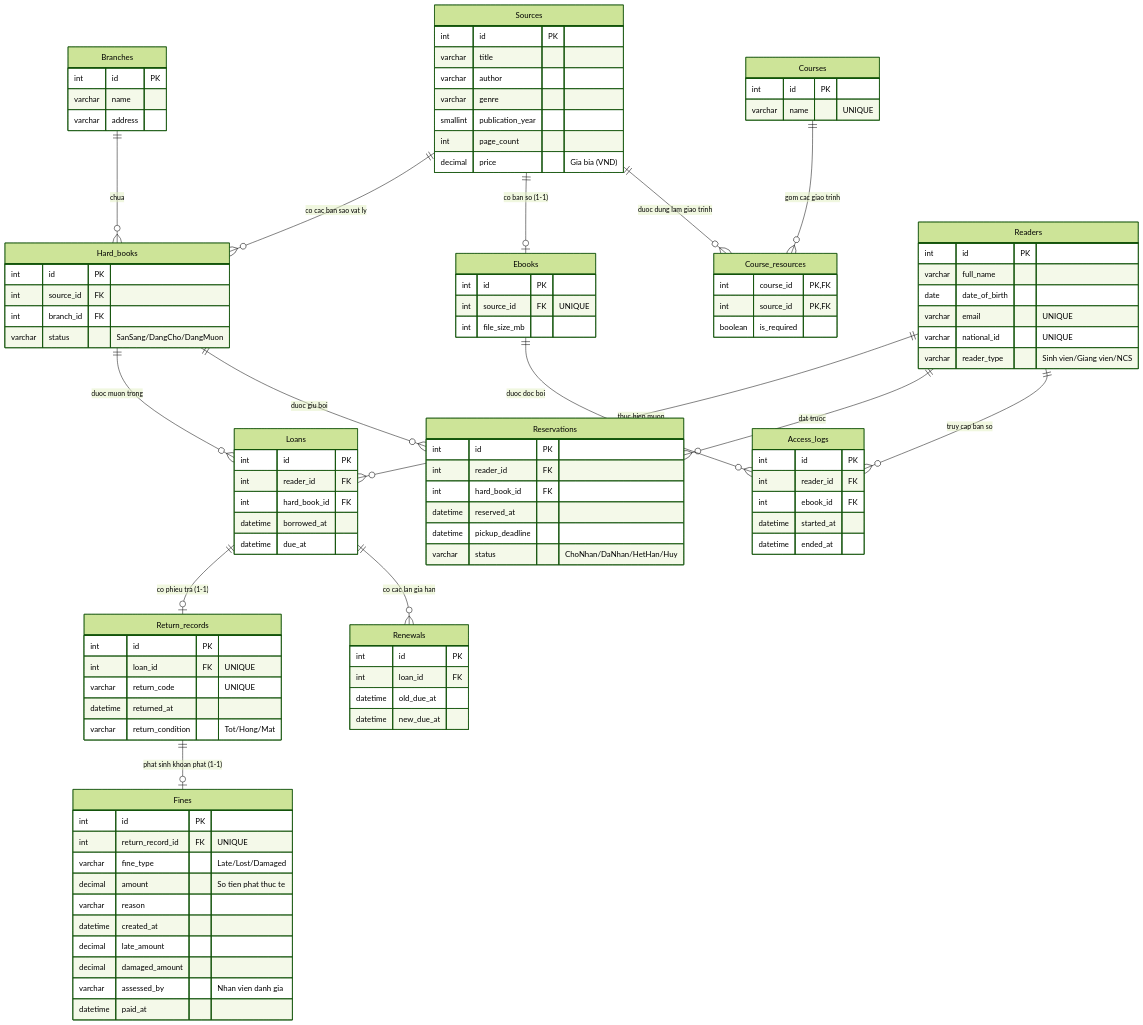
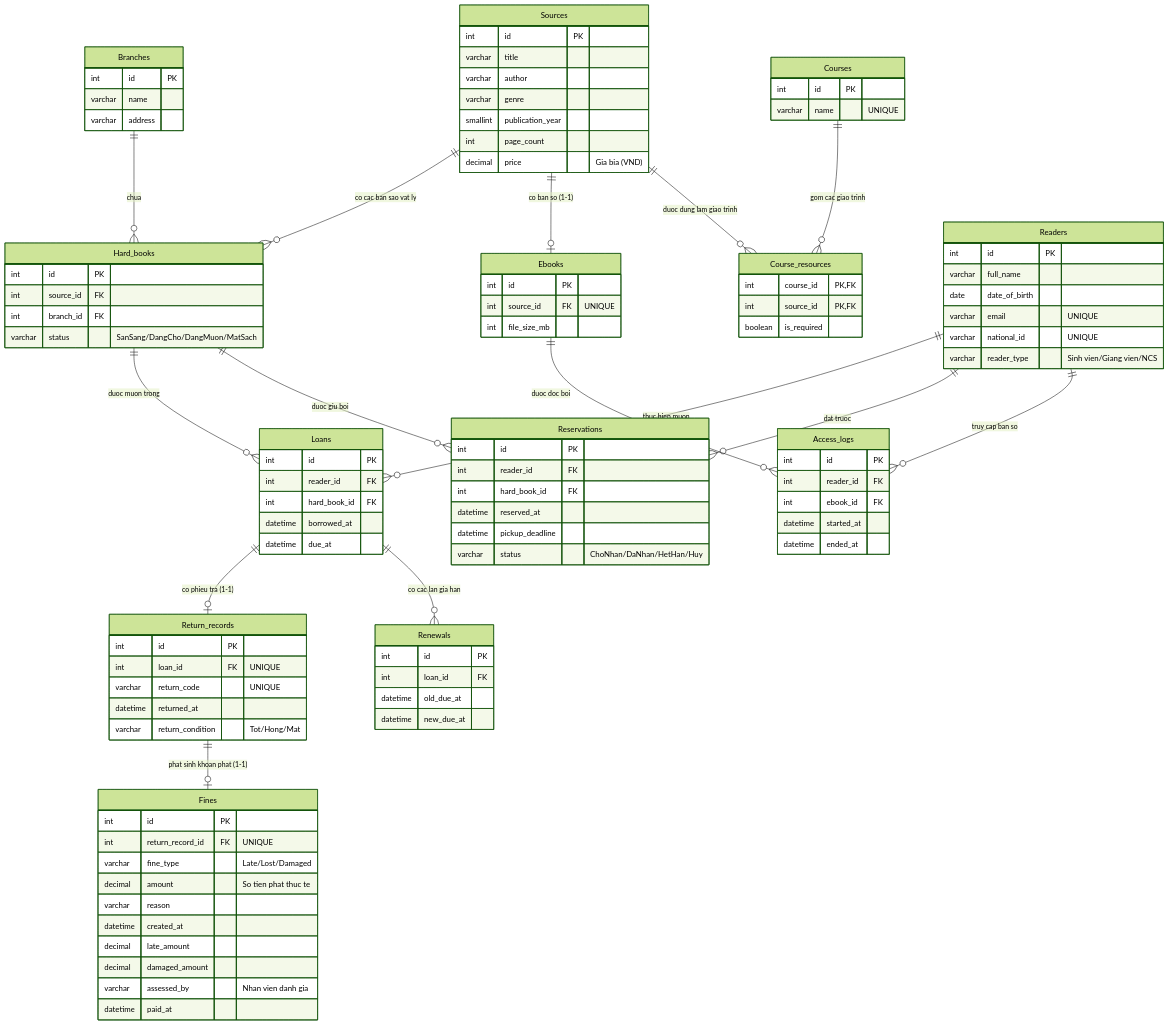
One commit to mr-Ri007/tmp changed the diagram in DATABASE_DOCS.md. Above: the diagram before and after it, drawn with Mermaid (forest theme). The commit also changed other lines of this file and 46 other files, not shown here.

```diff
--- a/DATABASE_DOCS.md
+++ b/DATABASE_DOCS.md
@@ -45,7 +47,7 @@
         int id PK
         int source_id FK
         int branch_id FK
-        varchar status "SanSang/DangCho/DangMuon"
+        varchar status "SanSang/DangCho/DangMuon/MatSach"
     }
 
     Ebooks {
```
